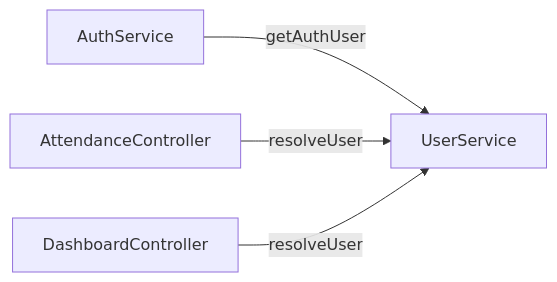
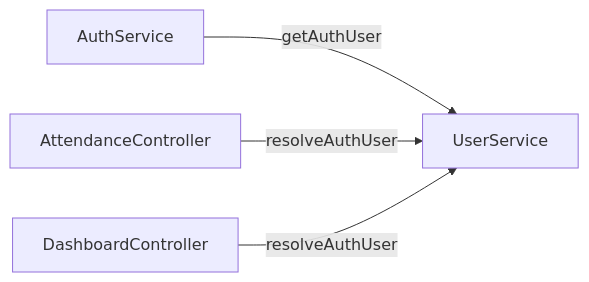
Before and after one commit to miyazakisora111/time-attendance: the second of 2 diagrams in docs/dev/service-layer-patterns.md, drawn with Mermaid. The commit also changed other lines of this file and 88 other files, not shown here.

````diff
--- a/docs/dev/service-layer-patterns.md
+++ b/docs/dev/service-layer-patterns.md
@@ -110,6 +110,6 @@
 ```mermaid
 graph LR
     AuthService -->|getAuthUser| UserService
-    AttendanceController -->|resolveUser| UserService
-    DashboardController -->|resolveUser| UserService
+    AttendanceController -->|resolveAuthUser| UserService
+    DashboardController -->|resolveAuthUser| UserService
 ```
````
